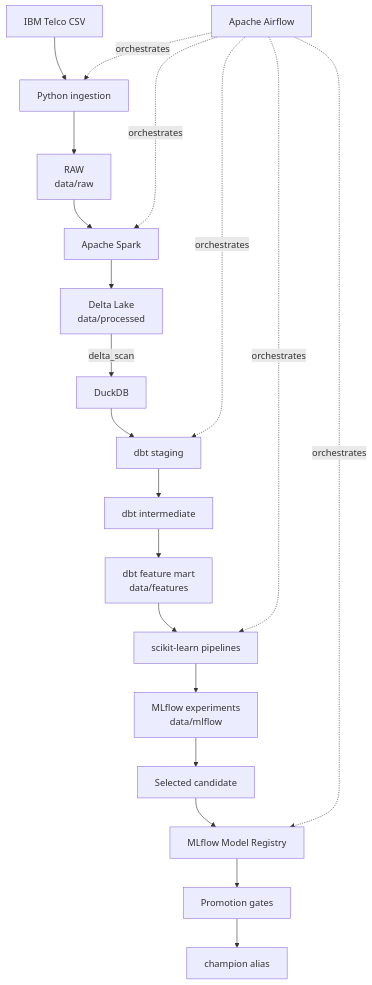
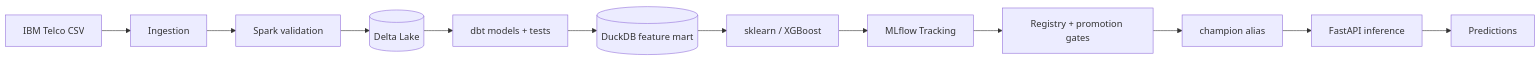
One commit to CerenDc/mlops-customer-churn-platform changed the first of 2 diagrams in README.md. Above: the diagram before and after it, drawn with Mermaid. The commit also changed other lines of this file and 20 other files, not shown here.

````diff
--- a/README.md
+++ b/README.md
@@ -26,22 +31,14 @@
 ```mermaid
-flowchart TD
-    Z[Apache Airflow] -. orchestrates .-> B
-    A[IBM Telco CSV] --> B[Python ingestion]
-    B --> C[RAW<br/>data/raw]
-    C --> D[Apache Spark]
-    D --> E[Delta Lake<br/>data/processed]
-    E -->|delta_scan| F[DuckDB]
-    F --> G[dbt staging]
-    G --> H[dbt intermediate]
-    H --> I[dbt feature mart<br/>data/features]
-    I --> J[scikit-learn pipelines]
-    J --> K[MLflow experiments<br/>data/mlflow]
-    K --> L[Selected candidate]
-    L --> M[MLflow Model Registry]
-    M --> N[Promotion gates]
-    N --> O[champion alias]
-    Z -. orchestrates .-> D
-    Z -. orchestrates .-> G
-    Z -. orchestrates .-> J
-    Z -. orchestrates .-> M
+flowchart LR
+    A[IBM Telco CSV] --> B[Ingestion]
+    B --> C[Spark validation]
+    C --> D[(Delta Lake)]
+    D --> E[dbt models + tests]
+    E --> F[(DuckDB feature mart)]
+    F --> G[sklearn / XGBoost]
+    G --> H[MLflow Tracking]
+    H --> I[Registry + promotion gates]
+    I --> J[champion alias]
+    J --> K[FastAPI inference]
+    K --> L[Predictions]
 ```
````
